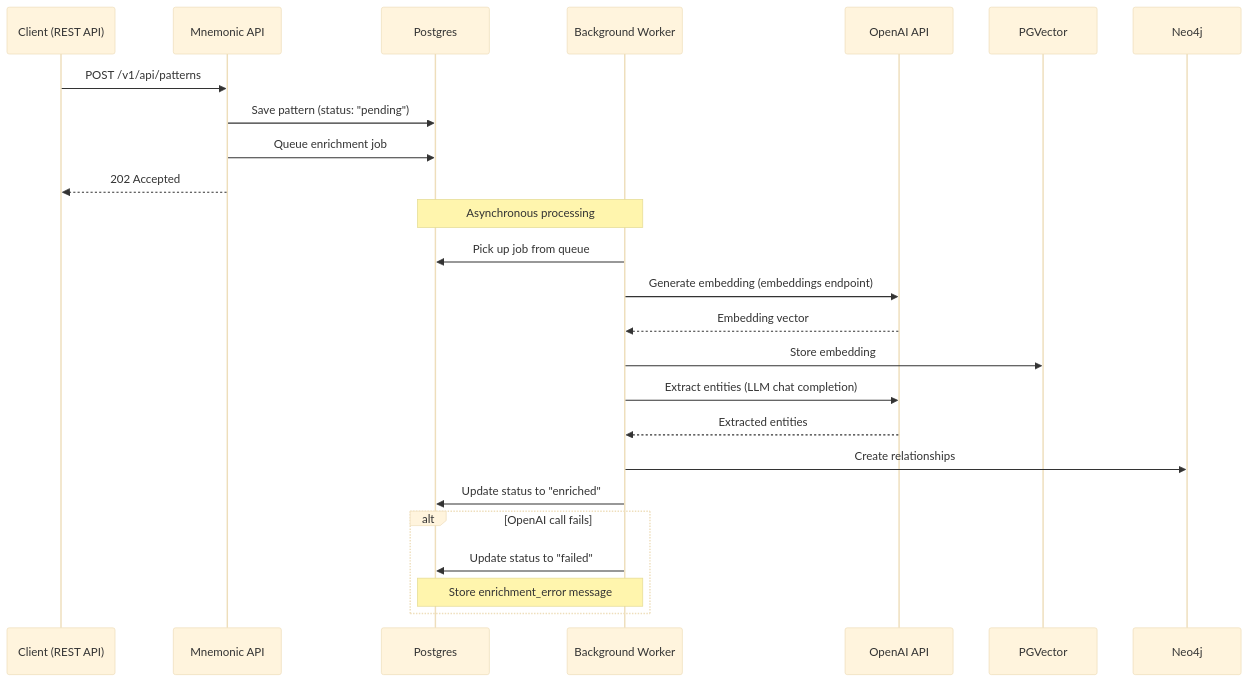
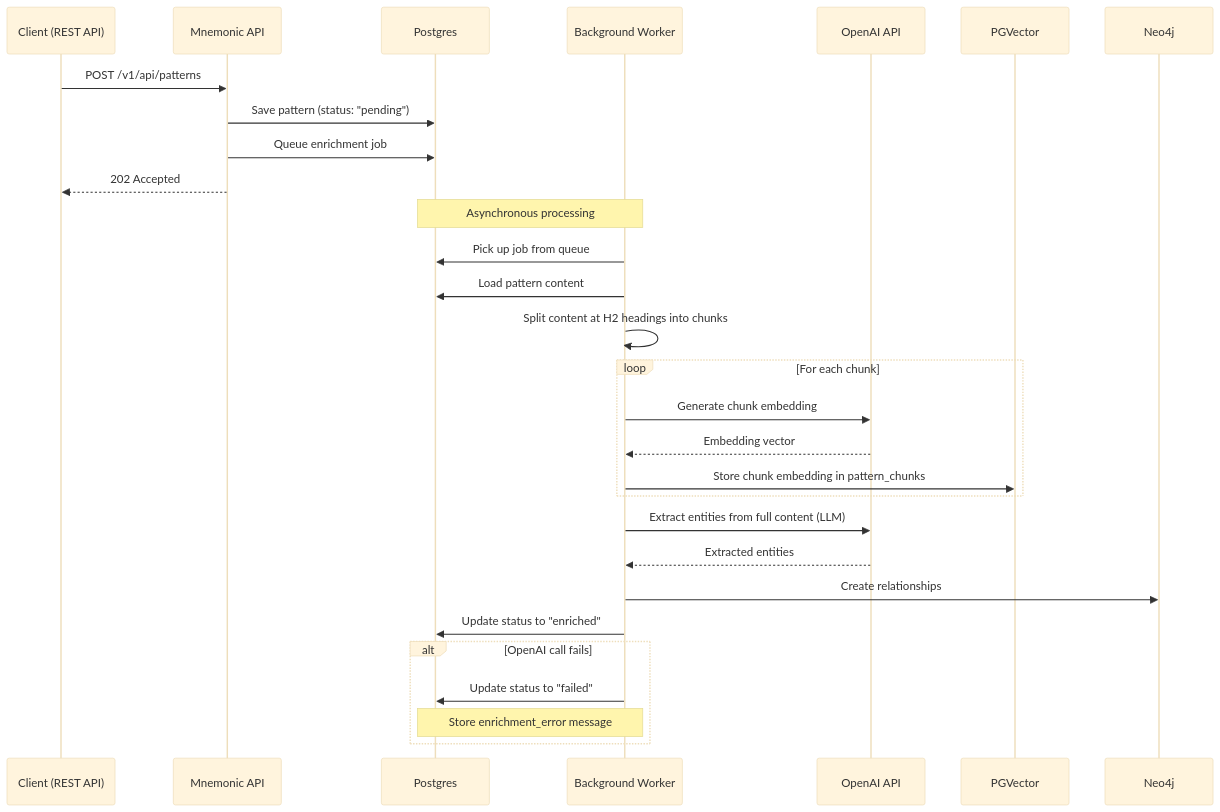
Before and after one commit to twistingmercury/mnemonic-mcp: the first of 6 diagrams in docs/design/pattern-processing.md, drawn with Mermaid (base theme). The commit also changed other lines of this file and 45 other files, not shown here.

````diff
--- a/docs/design/pattern-processing.md
+++ b/docs/design/pattern-processing.md
@@ -54,31 +56,35 @@
 ```mermaid
 sequenceDiagram
     participant Client as Client (REST API)
     participant API as Mnemonic API
     participant PG as Postgres
     participant Worker as Background Worker
     participant OpenAI as OpenAI API
     participant PGV as PGVector
     participant Neo4j as Neo4j
 
     Client->>API: POST /v1/api/patterns
     API->>PG: Save pattern (status: "pending")
     API->>PG: Queue enrichment job
     API-->>Client: 202 Accepted
 
     Note over Worker,PG: Asynchronous processing
 
     Worker->>PG: Pick up job from queue
-    Worker->>OpenAI: Generate embedding (embeddings endpoint)
-    OpenAI-->>Worker: Embedding vector
-    Worker->>PGV: Store embedding
-    Worker->>OpenAI: Extract entities (LLM chat completion)
+    Worker->>PG: Load pattern content
+    Worker->>Worker: Split content at H2 headings into chunks
+    loop For each chunk
+        Worker->>OpenAI: Generate chunk embedding
+        OpenAI-->>Worker: Embedding vector
+        Worker->>PGV: Store chunk embedding in pattern_chunks
+    end
+    Worker->>OpenAI: Extract entities from full content (LLM)
     OpenAI-->>Worker: Extracted entities
     Worker->>Neo4j: Create relationships
     Worker->>PG: Update status to "enriched"
 
     alt OpenAI call fails
         Worker->>PG: Update status to "failed"
         Note over Worker,PG: Store enrichment_error message
     end
 ```
````
